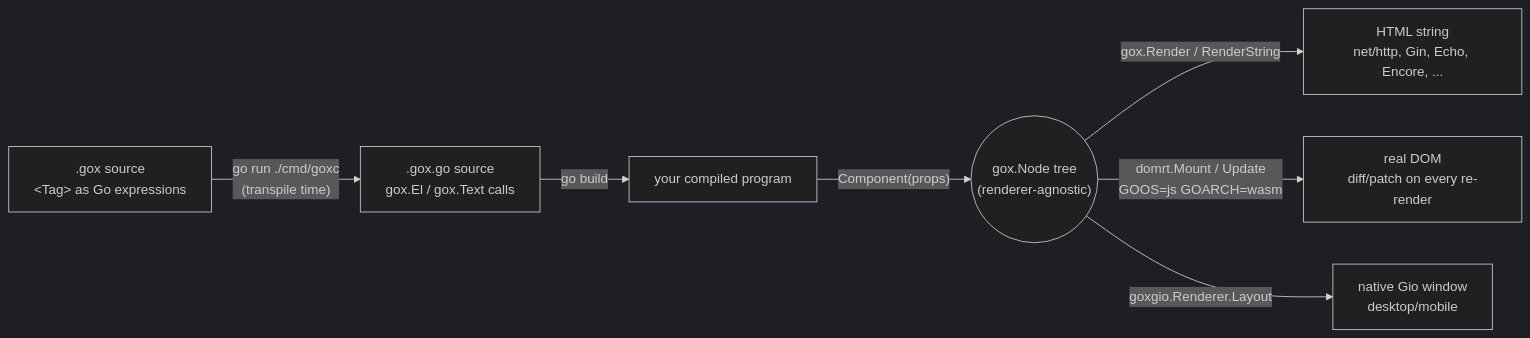
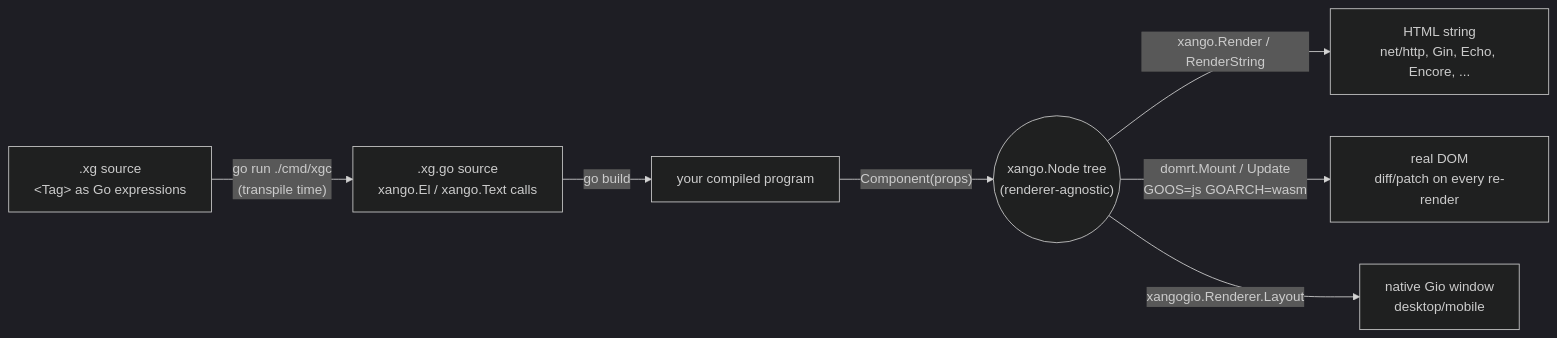
The diagram in README.md (elaous/gojiberry), drawn with Mermaid (dark theme) before and after one commit. The commit also changed other lines of this file and 657 other files, not shown here.

````diff
--- a/README.md
+++ b/README.md
@@ -36,9 +47,9 @@
 ```mermaid
 flowchart LR
-    A[".gox source<br/>&lt;Tag&gt; as Go expressions"] -- "go run ./cmd/goxc<br/>(transpile time)" --> B[".gox.go source<br/>gox.El / gox.Text calls"]
+    A[".xg source<br/>&lt;Tag&gt; as Go expressions"] -- "go run ./cmd/xgc<br/>(transpile time)" --> B[".xg.go source<br/>xango.El / xango.Text calls"]
     B -- "go build" --> C["your compiled program"]
-    C -- "Component(props)" --> D(("gox.Node tree<br/>(renderer-agnostic)"))
-    D -- "gox.Render / RenderString" --> E["HTML string<br/>net/http, Gin, Echo, Encore, ..."]
+    C -- "Component(props)" --> D(("xango.Node tree<br/>(renderer-agnostic)"))
+    D -- "xango.Render / RenderString" --> E["HTML string<br/>net/http, Gin, Echo, Encore, ..."]
     D -- "domrt.Mount / Update<br/>GOOS=js GOARCH=wasm" --> F["real DOM<br/>diff/patch on every re-render"]
-    D -- "goxgio.Renderer.Layout" --> G["native Gio window<br/>desktop/mobile"]
+    D -- "xangogio.Renderer.Layout" --> G["native Gio window<br/>desktop/mobile"]
 ```
````
